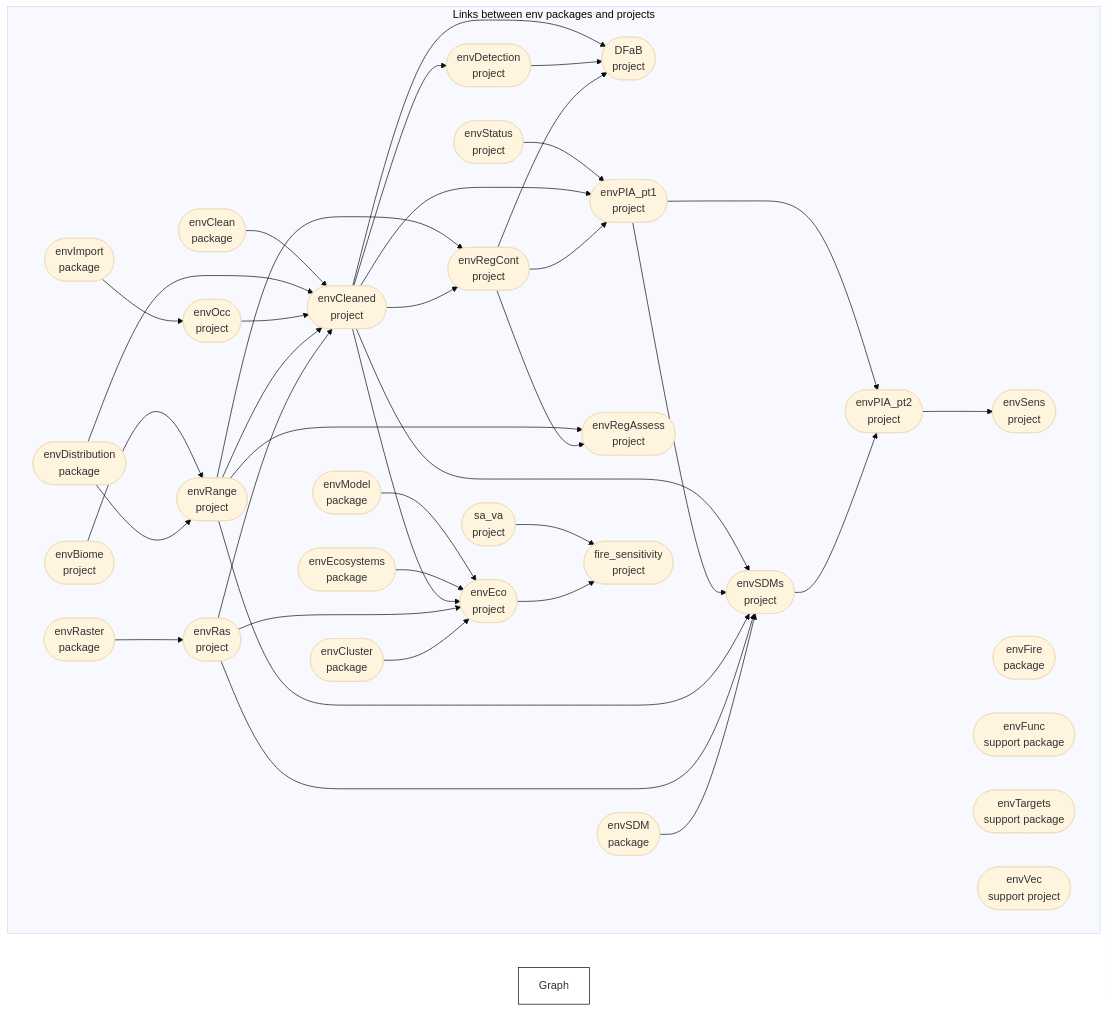
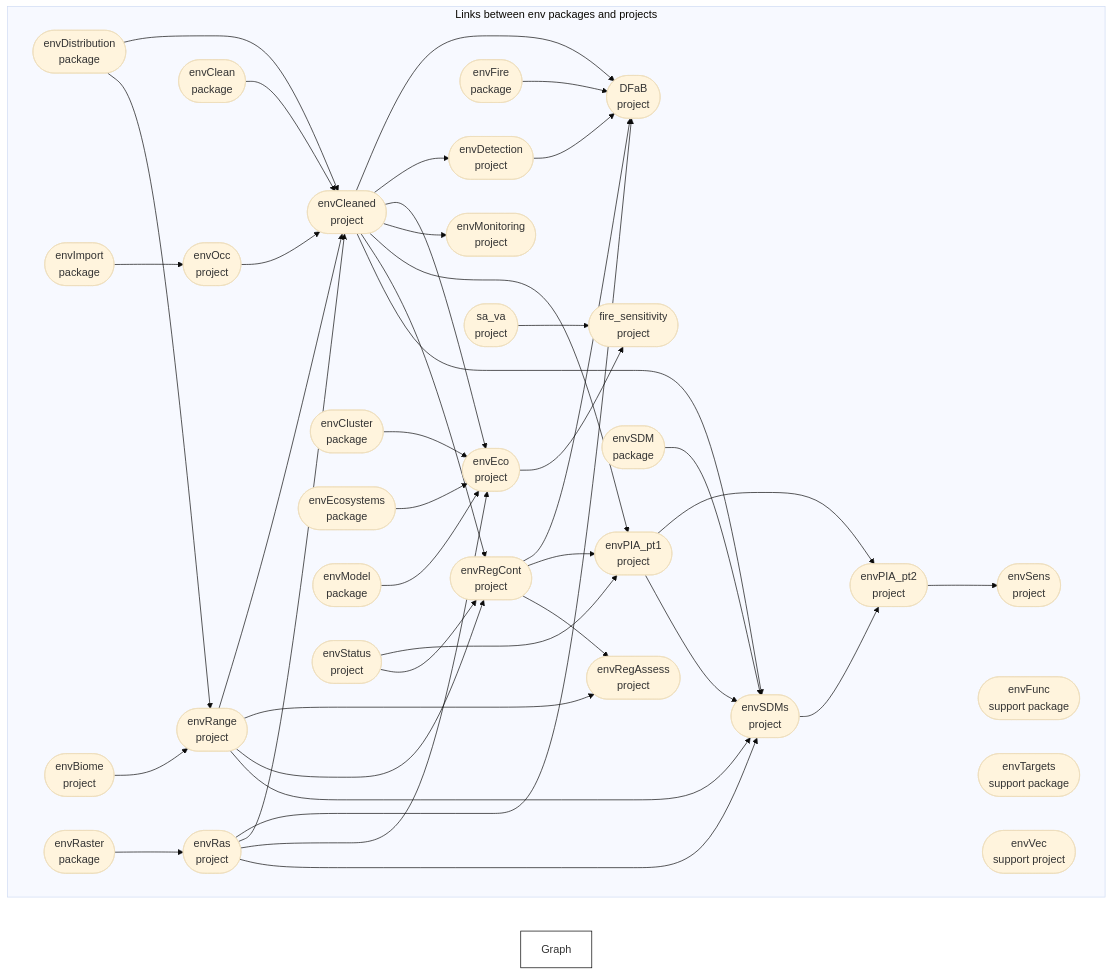
Before and after one commit to dew-landscapes/.github: the diagram in profile/README.md, drawn with Mermaid (base theme). The commit also changed other lines of this file, not shown here.

````diff
--- a/profile/README.md
+++ b/profile/README.md
@@ -44,46 +44,49 @@
 ``` mermaid
 graph LR
   style Graph fill:#FFFFFF00,stroke:#000000;
   subgraph Links between env packages and projects
     direction LR
     x4e1f08a5bd05b882(["envCleaned<br>project"]):::queued --> x0658f5015c0c4be5(["DFaB<br>project"]):::queued
+    x5499a04bf3778295(["envRegCont<br>project"]):::queued --> x0658f5015c0c4be5(["DFaB<br>project"]):::queued
+    xb092d78dc6463536(["envFire<br>package"]):::queued --> x0658f5015c0c4be5(["DFaB<br>project"]):::queued
+    x67b5feaf09e4d0ca(["envRas<br>project"]):::queued --> x0658f5015c0c4be5(["DFaB<br>project"]):::queued
     x0da89b87fbc34bf3(["envDetection<br>project"]):::queued --> x0658f5015c0c4be5(["DFaB<br>project"]):::queued
-    x5499a04bf3778295(["envRegCont<br>project"]):::queued --> x0658f5015c0c4be5(["DFaB<br>project"]):::queued
     x199e33ac94c360fd(["envClean<br>package"]):::queued --> x4e1f08a5bd05b882(["envCleaned<br>project"]):::queued
+    x67b5feaf09e4d0ca(["envRas<br>project"]):::queued --> x4e1f08a5bd05b882(["envCleaned<br>project"]):::queued
     xb53407deaf8a50f7(["envDistribution<br>package"]):::queued --> x4e1f08a5bd05b882(["envCleaned<br>project"]):::queued
     x9d3addc2d3c28cb0(["envOcc<br>project"]):::queued --> x4e1f08a5bd05b882(["envCleaned<br>project"]):::queued
     x4f41d9ef8b70ed0e(["envRange<br>project"]):::queued --> x4e1f08a5bd05b882(["envCleaned<br>project"]):::queued
-    x67b5feaf09e4d0ca(["envRas<br>project"]):::queued --> x4e1f08a5bd05b882(["envCleaned<br>project"]):::queued
     x4e1f08a5bd05b882(["envCleaned<br>project"]):::queued --> x0da89b87fbc34bf3(["envDetection<br>project"]):::queued
+    x9eca96d789260dc6(["envCluster<br>package"]):::queued --> xc70bb609a37b98f0(["envEco<br>project"]):::queued
+    x3c533c4f6ac5a427(["envEcosystems<br>package"]):::queued --> xc70bb609a37b98f0(["envEco<br>project"]):::queued
     x3c05f6553dd2ee1d(["envModel<br>package"]):::queued --> xc70bb609a37b98f0(["envEco<br>project"]):::queued
-    x3c533c4f6ac5a427(["envEcosystems<br>package"]):::queued --> xc70bb609a37b98f0(["envEco<br>project"]):::queued
+    x67b5feaf09e4d0ca(["envRas<br>project"]):::queued --> xc70bb609a37b98f0(["envEco<br>project"]):::queued
     x4e1f08a5bd05b882(["envCleaned<br>project"]):::queued --> xc70bb609a37b98f0(["envEco<br>project"]):::queued
-    x67b5feaf09e4d0ca(["envRas<br>project"]):::queued --> xc70bb609a37b98f0(["envEco<br>project"]):::queued
-    x9eca96d789260dc6(["envCluster<br>package"]):::queued --> xc70bb609a37b98f0(["envEco<br>project"]):::queued
+    x4e1f08a5bd05b882(["envCleaned<br>project"]):::queued --> xae45e25dc1ec55b5(["envMonitoring<br>project"]):::queued
     xa419b1871c902a02(["envImport<br>package"]):::queued --> x9d3addc2d3c28cb0(["envOcc<br>project"]):::queued
+    x4e1f08a5bd05b882(["envCleaned<br>project"]):::queued --> xdfa068c3ebc0366d(["envPIA_pt1<br>project"]):::queued
     xf290cd0a0c6ffe34(["envStatus<br>project"]):::queued --> xdfa068c3ebc0366d(["envPIA_pt1<br>project"]):::queued
-    x4e1f08a5bd05b882(["envCleaned<br>project"]):::queued --> xdfa068c3ebc0366d(["envPIA_pt1<br>project"]):::queued
     x5499a04bf3778295(["envRegCont<br>project"]):::queued --> xdfa068c3ebc0366d(["envPIA_pt1<br>project"]):::queued
+    xc1054dd4c63b18e0(["envSDMs<br>project"]):::queued --> xe5749d29c71b6a92(["envPIA_pt2<br>project"]):::queued
     xdfa068c3ebc0366d(["envPIA_pt1<br>project"]):::queued --> xe5749d29c71b6a92(["envPIA_pt2<br>project"]):::queued
-    xc1054dd4c63b18e0(["envSDMs<br>project"]):::queued --> xe5749d29c71b6a92(["envPIA_pt2<br>project"]):::queued
     xd8ce469e231f9860(["envBiome<br>project"]):::queued --> x4f41d9ef8b70ed0e(["envRange<br>project"]):::queued
     xb53407deaf8a50f7(["envDistribution<br>package"]):::queued --> x4f41d9ef8b70ed0e(["envRange<br>project"]):::queued
     x89ac92b9bcad912d(["envRaster<br>package"]):::queued --> x67b5feaf09e4d0ca(["envRas<br>project"]):::queued
     x4f41d9ef8b70ed0e(["envRange<br>project"]):::queued --> x880df32bd41b0aa9(["envRegAssess<br>project"]):::queued
     x5499a04bf3778295(["envRegCont<br>project"]):::queued --> x880df32bd41b0aa9(["envRegAssess<br>project"]):::queued
+    x4e1f08a5bd05b882(["envCleaned<br>project"]):::queued --> x5499a04bf3778295(["envRegCont<br>project"]):::queued
+    xf290cd0a0c6ffe34(["envStatus<br>project"]):::queued --> x5499a04bf3778295(["envRegCont<br>project"]):::queued
     x4f41d9ef8b70ed0e(["envRange<br>project"]):::queued --> x5499a04bf3778295(["envRegCont<br>project"]):::queued
-    x4e1f08a5bd05b882(["envCleaned<br>project"]):::queued --> x5499a04bf3778295(["envRegCont<br>project"]):::queued
+    x67b5feaf09e4d0ca(["envRas<br>project"]):::queued --> xc1054dd4c63b18e0(["envSDMs<br>project"]):::queued
+    xdfa068c3ebc0366d(["envPIA_pt1<br>project"]):::queued --> xc1054dd4c63b18e0(["envSDMs<br>project"]):::queued
+    x07cddf360e9b199e(["envSDM<br>package"]):::queued --> xc1054dd4c63b18e0(["envSDMs<br>project"]):::queued
+    x4f41d9ef8b70ed0e(["envRange<br>project"]):::queued --> xc1054dd4c63b18e0(["envSDMs<br>project"]):::queued
     x4e1f08a5bd05b882(["envCleaned<br>project"]):::queued --> xc1054dd4c63b18e0(["envSDMs<br>project"]):::queued
-    xdfa068c3ebc0366d(["envPIA_pt1<br>project"]):::queued --> xc1054dd4c63b18e0(["envSDMs<br>project"]):::queued
-    x4f41d9ef8b70ed0e(["envRange<br>project"]):::queued --> xc1054dd4c63b18e0(["envSDMs<br>project"]):::queued
-    x67b5feaf09e4d0ca(["envRas<br>project"]):::queued --> xc1054dd4c63b18e0(["envSDMs<br>project"]):::queued
-    x07cddf360e9b199e(["envSDM<br>package"]):::queued --> xc1054dd4c63b18e0(["envSDMs<br>project"]):::queued
     xe5749d29c71b6a92(["envPIA_pt2<br>project"]):::queued --> x2d1dcea9060b62fe(["envSens<br>project"]):::queued
+    xc70bb609a37b98f0(["envEco<br>project"]):::queued --> x0f16edc93d113ef9(["fire_sensitivity<br>project"]):::queued
     xb2a4767da474386b(["sa_va<br>project"]):::queued --> x0f16edc93d113ef9(["fire_sensitivity<br>project"]):::queued
-    xc70bb609a37b98f0(["envEco<br>project"]):::queued --> x0f16edc93d113ef9(["fire_sensitivity<br>project"]):::queued
-    xb092d78dc6463536(["envFire<br>package"]):::queued
     x6832f874a98057bb(["envFunc<br>support package"]):::queued
     xb03046fba8fa1b84(["envTargets<br>support package"]):::queued
     xa92bc89dfa147112(["envVec<br>support project"]):::queued
   end
 ```
````
